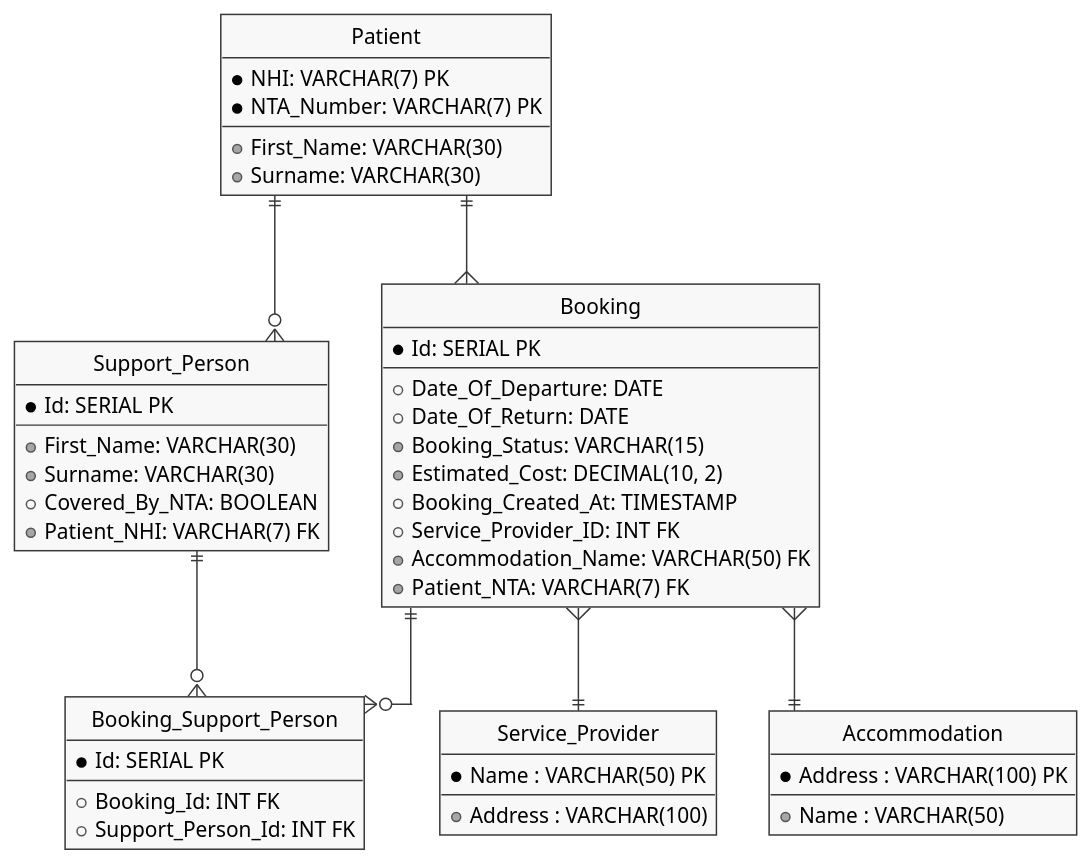
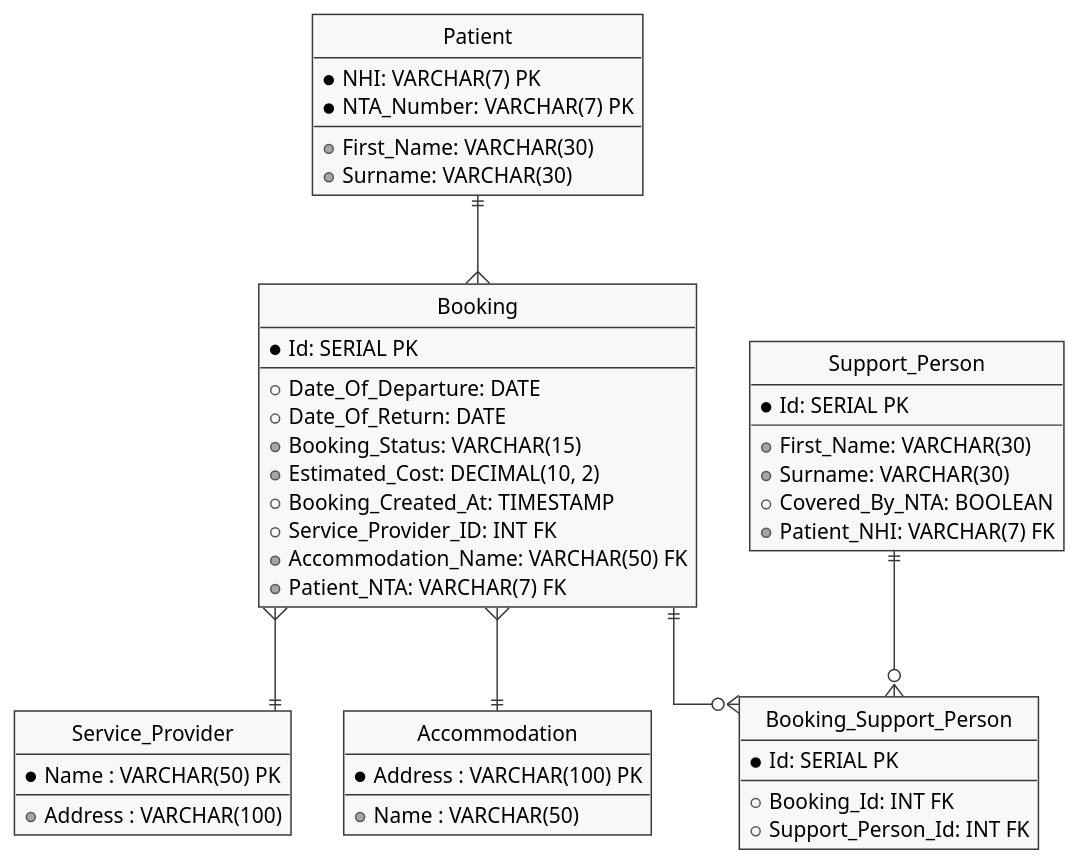
The diagram in Planning/ERD.puml (hamtana/TravelTracker), drawn with PlantUML before and after one commit. The commit also changed 14 other files, not shown here.

```diff
--- a/Planning/ERD.puml
+++ b/Planning/ERD.puml
@@ -1,64 +1,63 @@
 @startuml julliend-erd
 
 skin rose
 skinparam Style StrictUML
 skinparam LineType ortho
 skinparam monochrome true
 
 Class Patient {
     * NHI: VARCHAR(7) PK
     * NTA_Number: VARCHAR(7) PK
 --
     + First_Name: VARCHAR(30)
     + Surname: VARCHAR(30) 
 }
 
 Class Support_Person {
     * Id: SERIAL PK
 --
     + First_Name: VARCHAR(30)
     + Surname: VARCHAR(30)
     + Covered_By_NTA: BOOLEAN
     + Patient_NHI: VARCHAR(7) FK
 }
 
 Class Booking {
     * Id: SERIAL PK
 --
     + Date_Of_Departure: DATE
     + Date_Of_Return: DATE
     + Booking_Status: VARCHAR(15)
     + Estimated_Cost: DECIMAL(10, 2)
     + Booking_Created_At: TIMESTAMP 
     + Service_Provider_ID: INT FK
     + Accommodation_Name: VARCHAR(50) FK
     + Patient_NTA: VARCHAR(7) FK
 }
 
 Class Service_Provider {
     * Name : VARCHAR(50) PK
 --
     + Address : VARCHAR(100)
 }
 
 Class Accommodation {
     * Address : VARCHAR(100) PK
 --
     + Name : VARCHAR(50)
 }
 
 Class Booking_Support_Person {
     * Id: SERIAL PK
 --
     + Booking_Id: INT FK
     + Support_Person_Id: INT FK
 }
 
 Patient ||--{Booking
 Booking }--|| Service_Provider
-Patient ||--o{ Support_Person
 Booking ||--o{ Booking_Support_Person
 Support_Person ||--o{ Booking_Support_Person
 Booking }--|| Accommodation
 
 @enduml
```
